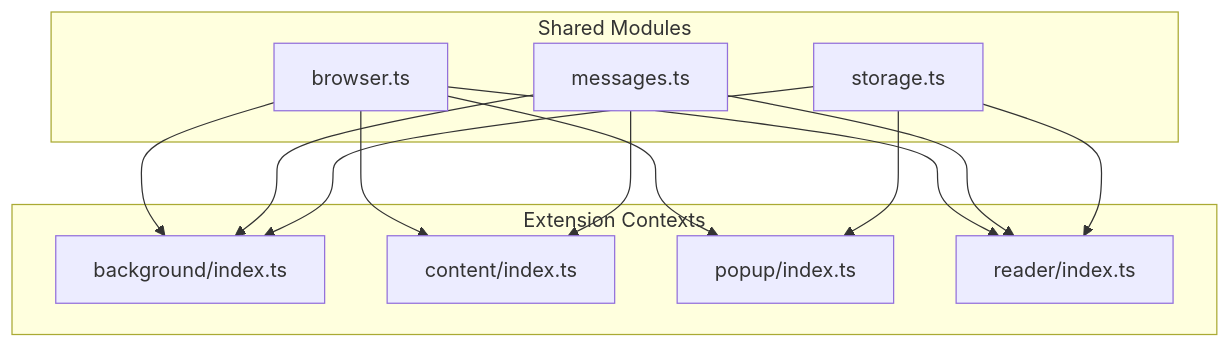
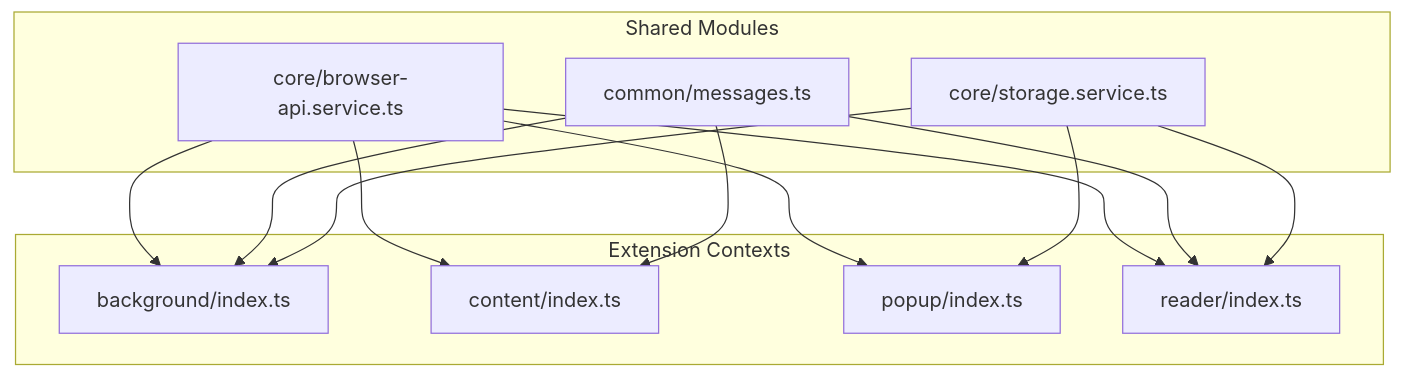
The first of 2 diagrams in docs/architecture.md (dimitree54/sprint-reader-chrome), drawn with Mermaid before and after one commit. The commit also changed other lines of this file and 6 other files, not shown here.

````diff
--- a/docs/architecture.md
+++ b/docs/architecture.md
@@ -9,26 +9,26 @@
 ```mermaid
 graph TD
     subgraph "Shared Modules"
-        Storage[storage.ts]
-        Messages[messages.ts]
-        BrowserAPI[browser.ts]
+        StorageService[core/storage.service.ts]
+        Messages[common/messages.ts]
+        BrowserAPI[core/browser-api.service.ts]
     end
 
     subgraph "Extension Contexts"
         Background[background/index.ts]
         Content[content/index.ts]
         Popup[popup/index.ts]
         Reader[reader/index.ts]
     end
 
-    Storage --> Background
-    Storage --> Popup
-    Storage --> Reader
+    StorageService --> Background
+    StorageService --> Popup
+    StorageService --> Reader
     Messages --> Background
     Messages --> Content
     Messages --> Reader
     BrowserAPI --> Background
     BrowserAPI --> Content
     BrowserAPI --> Popup
     BrowserAPI --> Reader
 ```
````
